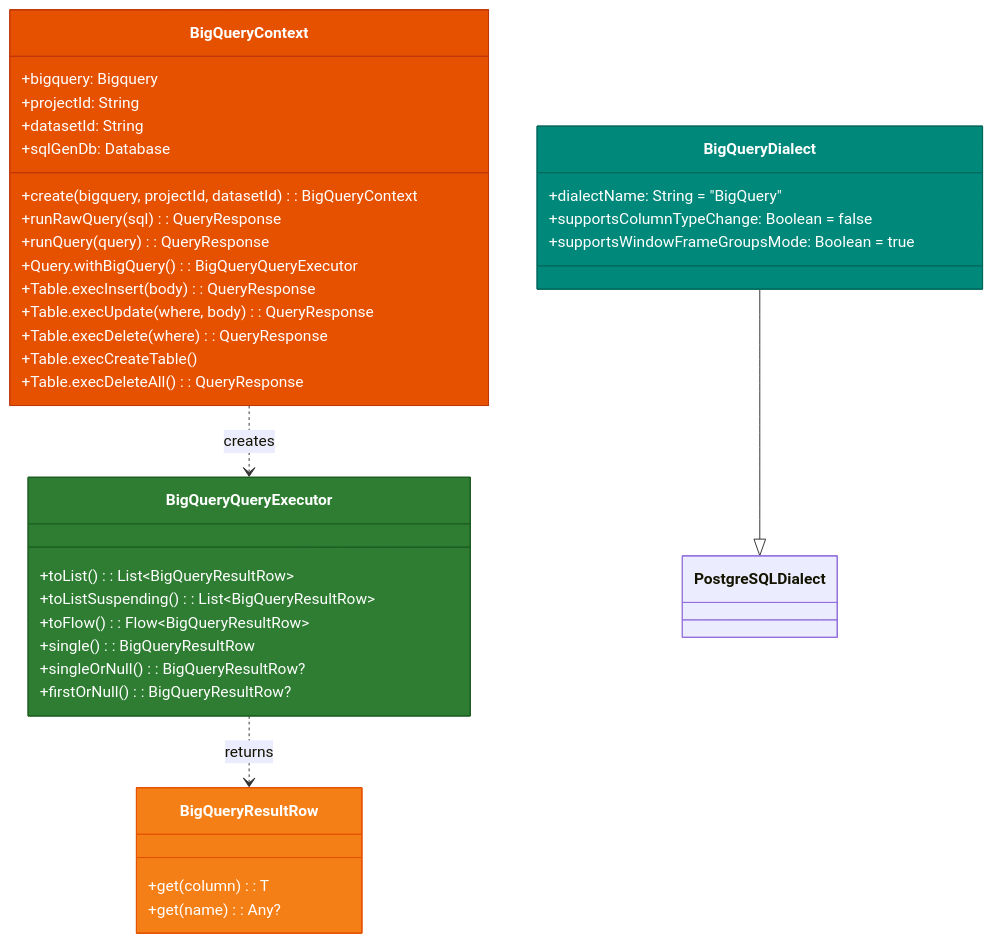
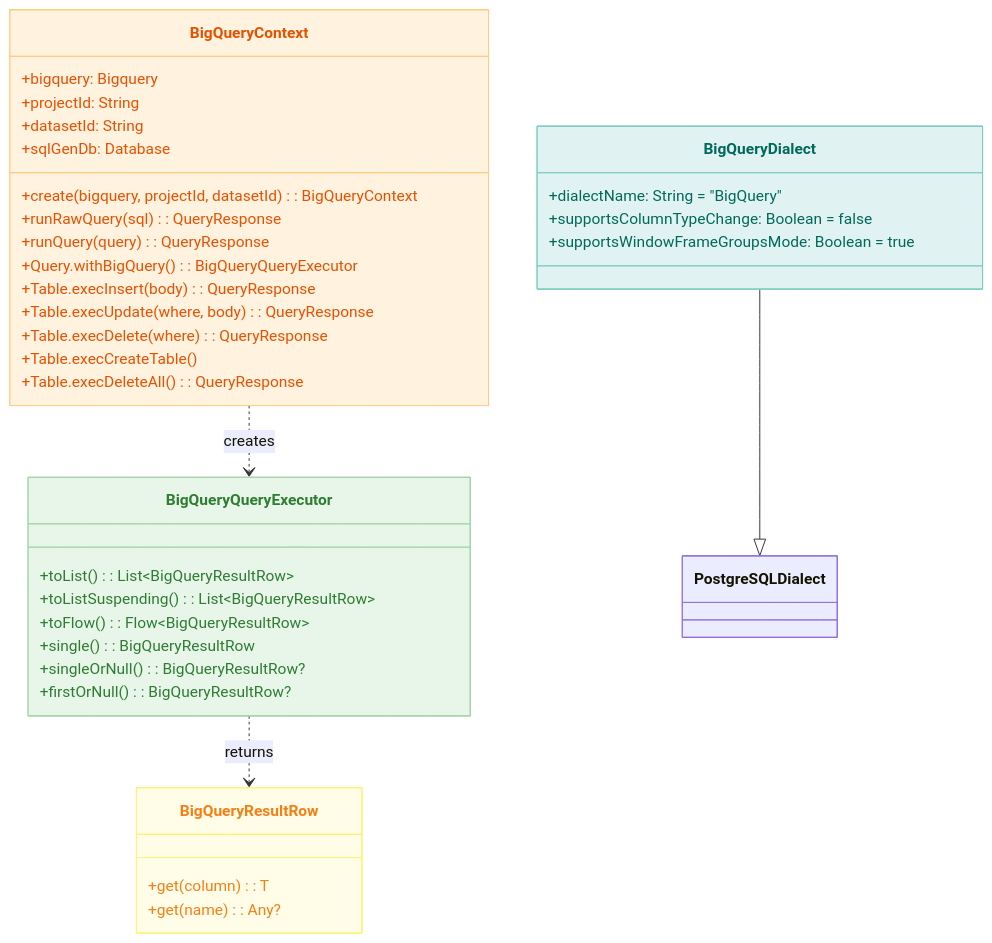
The first of 2 diagrams in data/exposed-bigquery/README.ko.md (bluetape4k/bluetape4k-projects), drawn with Mermaid before and after one commit. The commit also changed other lines of this file and 219 other files, not shown here.

First line of the commit message:
docs: 전체 README Mermaid 다이어그램 가이드 적용

````diff
--- a/data/exposed-bigquery/README.ko.md
+++ b/data/exposed-bigquery/README.ko.md
@@ -162,44 +162,44 @@
 ```mermaid
 classDiagram
     class BigQueryContext {
         +bigquery: Bigquery
         +projectId: String
         +datasetId: String
         +sqlGenDb: Database
         +create(bigquery, projectId, datasetId): BigQueryContext
         +runRawQuery(sql): QueryResponse
         +runQuery(query): QueryResponse
         +Query.withBigQuery(): BigQueryQueryExecutor
         +Table.execInsert(body): QueryResponse
         +Table.execUpdate(where, body): QueryResponse
         +Table.execDelete(where): QueryResponse
         +Table.execCreateTable()
         +Table.execDeleteAll(): QueryResponse
     }
     class BigQueryQueryExecutor {
         +toList(): List~BigQueryResultRow~
         +toListSuspending(): List~BigQueryResultRow~
         +toFlow(): Flow~BigQueryResultRow~
         +single(): BigQueryResultRow
         +singleOrNull(): BigQueryResultRow?
         +firstOrNull(): BigQueryResultRow?
     }
     class BigQueryResultRow {
         +get(column): T
         +get(name): Any?
     }
     class BigQueryDialect {
         +dialectName: String = "BigQuery"
         +supportsColumnTypeChange: Boolean = false
         +supportsWindowFrameGroupsMode: Boolean = true
     }
 
     BigQueryContext ..> BigQueryQueryExecutor : creates
     BigQueryQueryExecutor ..> BigQueryResultRow : returns
     BigQueryDialect --|> PostgreSQLDialect
 
-    style BigQueryContext fill:#E65100,stroke:#BF360C,color:#FFFFFF
-    style BigQueryQueryExecutor fill:#2E7D32,stroke:#1B5E20,color:#FFFFFF
-    style BigQueryResultRow fill:#F57F17,stroke:#E65100,color:#FFFFFF
-    style BigQueryDialect fill:#00897B,stroke:#00695C,color:#FFFFFF
+    style BigQueryContext fill:#FFF3E0,stroke:#FFCC80,color:#E65100
+    style BigQueryQueryExecutor fill:#E8F5E9,stroke:#A5D6A7,color:#2E7D32
+    style BigQueryResultRow fill:#FFFDE7,stroke:#FFF176,color:#F57F17
+    style BigQueryDialect fill:#E0F2F1,stroke:#80CBC4,color:#00695C
 ```
````
